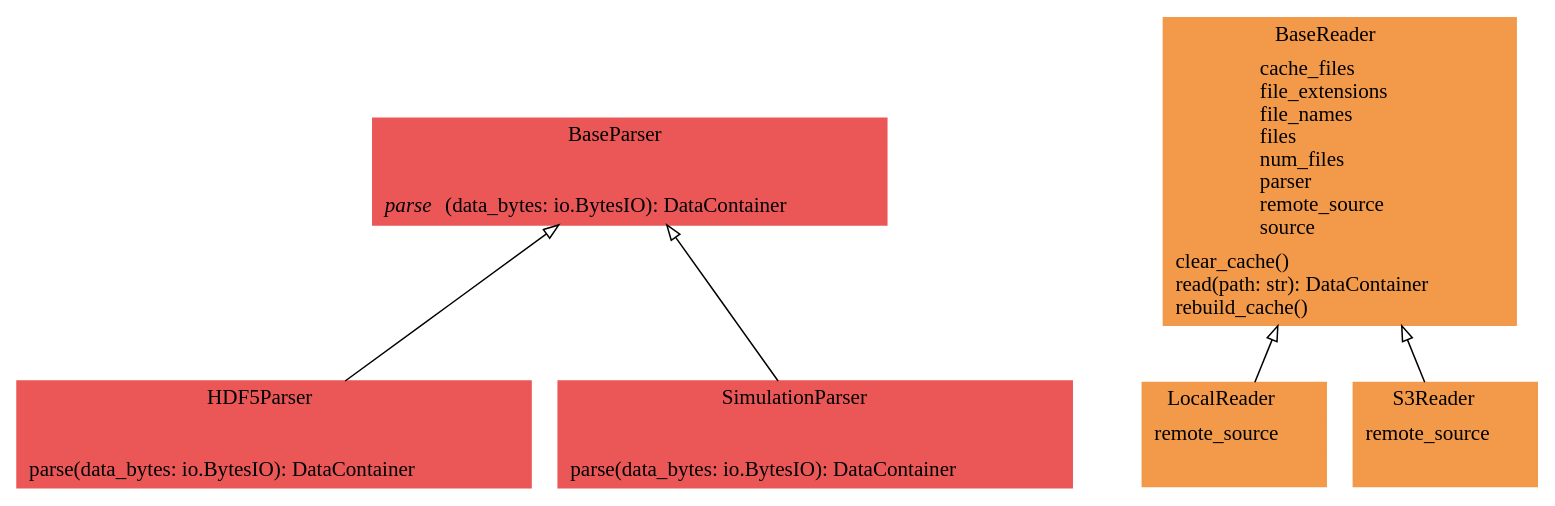
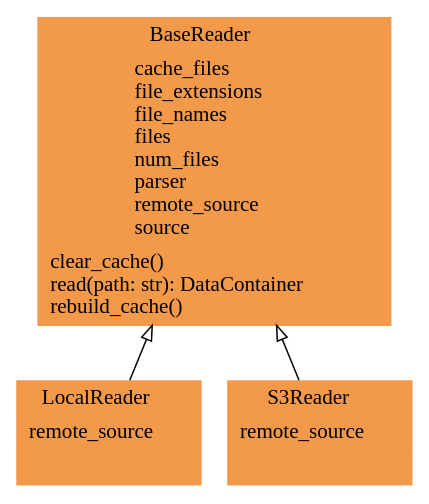
The diagram in docs/pyreverse/graphviz/classes_pythermondt.readers.gv (voidsy-gmbh/pyThermoNDT), drawn with Graphviz before and after one commit. The commit also changed 9 other files, not shown here.

Commit message:
Update pyreverse diagrams

```diff
--- a/docs/pyreverse/graphviz/classes_pythermondt.readers.gv
+++ b/docs/pyreverse/graphviz/classes_pythermondt.readers.gv
@@ -1,14 +1,9 @@
 digraph "classes_pythermondt.readers" {
 rankdir=BT
 charset="utf-8"
-"pythermondt.readers.parsers.base_parser.BaseParser" [color="#EB5757", fontcolor="black", label=<{BaseParser|<br ALIGN="LEFT"/>|<I>parse</I>(data_bytes: io.BytesIO): DataContainer<br ALIGN="LEFT"/>}>, shape="record", style="filled"];
 "pythermondt.readers.base_reader.BaseReader" [color="#F2994A", fontcolor="black", label=<{BaseReader|cache_files<br ALIGN="LEFT"/>file_extensions<br ALIGN="LEFT"/>file_names<br ALIGN="LEFT"/>files<br ALIGN="LEFT"/>num_files<br ALIGN="LEFT"/>parser<br ALIGN="LEFT"/>remote_source<br ALIGN="LEFT"/>source<br ALIGN="LEFT"/>|clear_cache()<br ALIGN="LEFT"/>read(path: str): DataContainer<br ALIGN="LEFT"/>rebuild_cache()<br ALIGN="LEFT"/>}>, shape="record", style="filled"];
-"pythermondt.readers.parsers.hdf5_parser.HDF5Parser" [color="#EB5757", fontcolor="black", label=<{HDF5Parser|<br ALIGN="LEFT"/>|parse(data_bytes: io.BytesIO): DataContainer<br ALIGN="LEFT"/>}>, shape="record", style="filled"];
 "pythermondt.readers.local_reader.LocalReader" [color="#F2994A", fontcolor="black", label=<{LocalReader|remote_source<br ALIGN="LEFT"/>|}>, shape="record", style="filled"];
 "pythermondt.readers.s3_reader.S3Reader" [color="#F2994A", fontcolor="black", label=<{S3Reader|remote_source<br ALIGN="LEFT"/>|}>, shape="record", style="filled"];
-"pythermondt.readers.parsers.simulation_parser.SimulationParser" [color="#EB5757", fontcolor="black", label=<{SimulationParser|<br ALIGN="LEFT"/>|parse(data_bytes: io.BytesIO): DataContainer<br ALIGN="LEFT"/>}>, shape="record", style="filled"];
 "pythermondt.readers.local_reader.LocalReader" -> "pythermondt.readers.base_reader.BaseReader" [arrowhead="empty", arrowtail="none"];
-"pythermondt.readers.parsers.hdf5_parser.HDF5Parser" -> "pythermondt.readers.parsers.base_parser.BaseParser" [arrowhead="empty", arrowtail="none"];
-"pythermondt.readers.parsers.simulation_parser.SimulationParser" -> "pythermondt.readers.parsers.base_parser.BaseParser" [arrowhead="empty", arrowtail="none"];
 "pythermondt.readers.s3_reader.S3Reader" -> "pythermondt.readers.base_reader.BaseReader" [arrowhead="empty", arrowtail="none"];
 }
```
